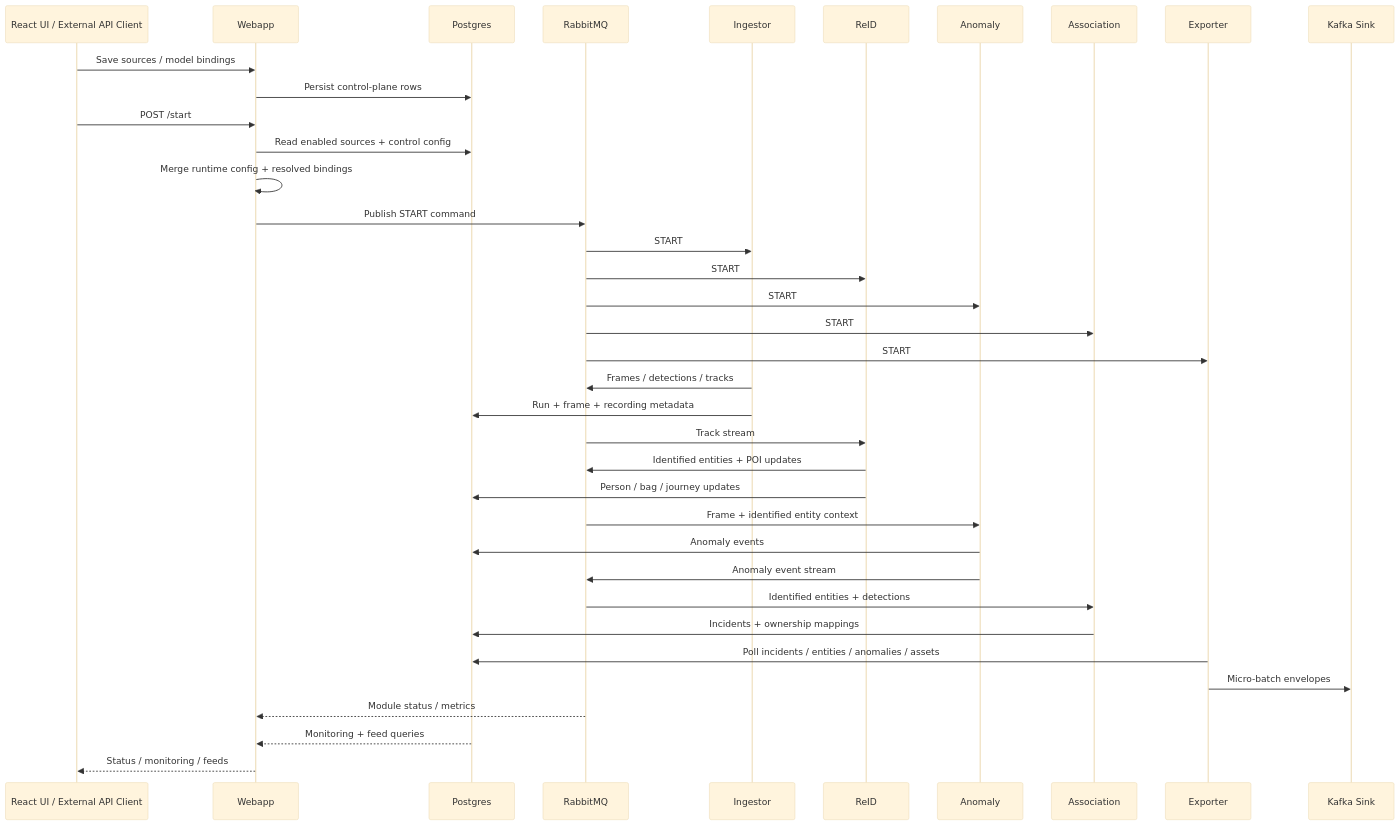
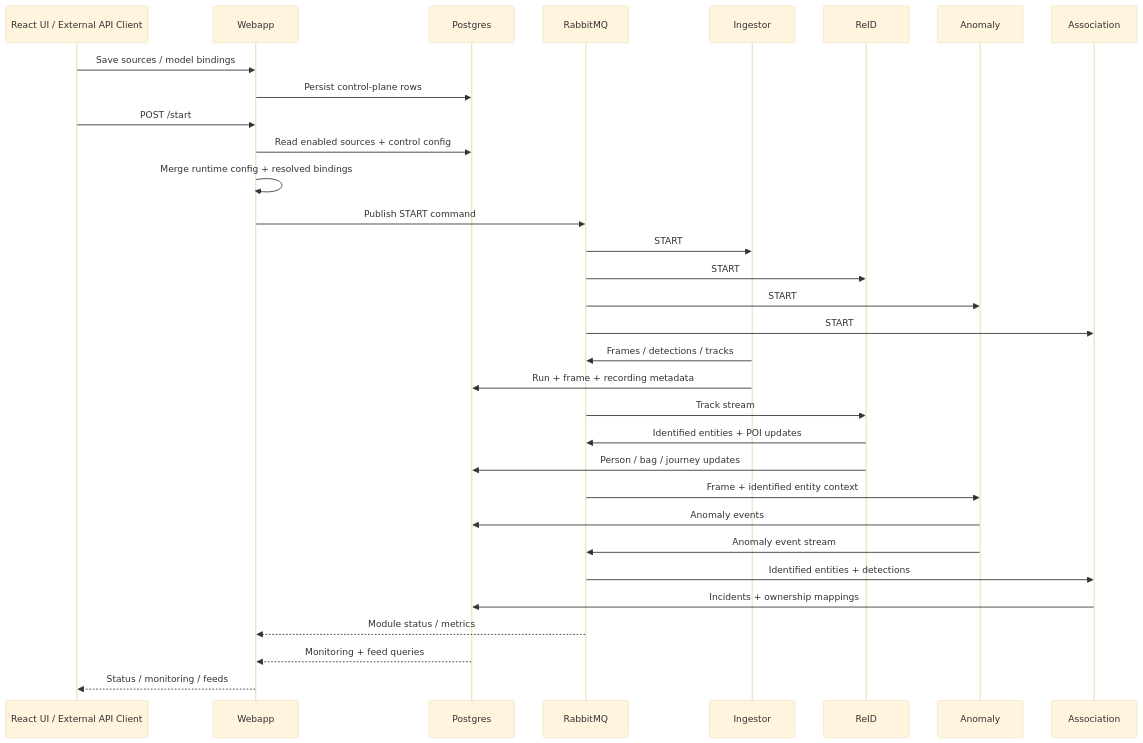
One commit to lauretta-io/hearthlight changed the second of 2 diagrams in docs/architecture.md. Above: the diagram before and after it, drawn with Mermaid (base theme). The commit also changed other lines of this file and 50 other files, not shown here.

````diff
--- a/docs/architecture.md
+++ b/docs/architecture.md
@@ -112,42 +98,37 @@
 ```mermaid
 sequenceDiagram
     participant UI as React UI / External API Client
     participant WEB as Webapp
     participant DB as Postgres
     participant MQ as RabbitMQ
     participant ING as Ingestor
     participant REID as ReID
     participant ANOM as Anomaly
     participant ASSOC as Association
-    participant EXP as Exporter
-    participant KAFKA as Kafka Sink
 
     UI->>WEB: Save sources / model bindings
     WEB->>DB: Persist control-plane rows
     UI->>WEB: POST /start
     WEB->>DB: Read enabled sources + control config
     WEB->>WEB: Merge runtime config + resolved bindings
     WEB->>MQ: Publish START command
     MQ->>ING: START
     MQ->>REID: START
     MQ->>ANOM: START
     MQ->>ASSOC: START
-    MQ->>EXP: START
 
     ING->>MQ: Frames / detections / tracks
     ING->>DB: Run + frame + recording metadata
     MQ->>REID: Track stream
     REID->>MQ: Identified entities + POI updates
     REID->>DB: Person / bag / journey updates
     MQ->>ANOM: Frame + identified entity context
     ANOM->>DB: Anomaly events
     ANOM->>MQ: Anomaly event stream
     MQ->>ASSOC: Identified entities + detections
     ASSOC->>DB: Incidents + ownership mappings
-    EXP->>DB: Poll incidents / entities / anomalies / assets
-    EXP->>KAFKA: Micro-batch envelopes
 
     MQ-->>WEB: Module status / metrics
     DB-->>WEB: Monitoring + feed queries
     WEB-->>UI: Status / monitoring / feeds
 ```
````
